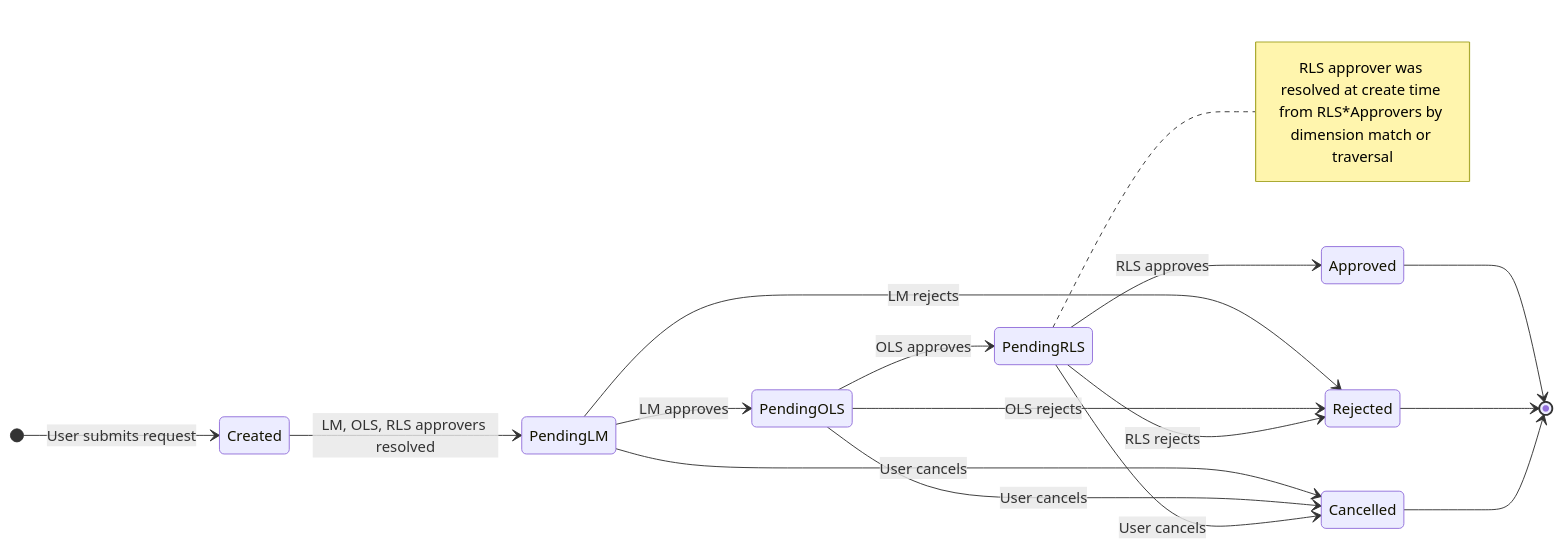
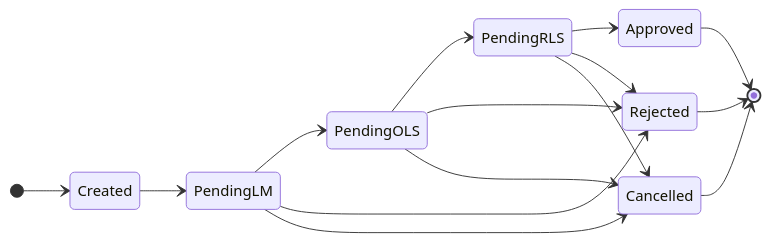
One commit to shashankdkte/dev-drop changed the fourth of 13 diagrams in sakura-v2/scripts/video-script/explain/RLS_APPROVER_ASSIGN_REASSIGN_GUIDE.md. Above: the diagram before and after it, drawn with Mermaid. The commit also changed other lines of this file, not shown here.

````diff
--- a/sakura-v2/scripts/video-script/explain/RLS_APPROVER_ASSIGN_REASSIGN_GUIDE.md
+++ b/sakura-v2/scripts/video-script/explain/RLS_APPROVER_ASSIGN_REASSIGN_GUIDE.md
@@ -185,24 +185,18 @@
 ```mermaid
 stateDiagram-v2
     direction LR
-    [*] --> Created: User submits request
-    Created --> PendingLM: LM, OLS, RLS approvers resolved
-
-    PendingLM --> PendingOLS: LM approves
-    PendingLM --> Rejected: LM rejects
-    PendingLM --> Cancelled: User cancels
-
-    PendingOLS --> PendingRLS: OLS approves
-    PendingOLS --> Rejected: OLS rejects
-    PendingOLS --> Cancelled: User cancels
-
-    PendingRLS --> Approved: RLS approves
-    PendingRLS --> Rejected: RLS rejects
-    PendingRLS --> Cancelled: User cancels
-
+    [*] --> Created
+    Created --> PendingLM
+    PendingLM --> PendingOLS
+    PendingLM --> Rejected
+    PendingLM --> Cancelled
+    PendingOLS --> PendingRLS
+    PendingOLS --> Rejected
+    PendingOLS --> Cancelled
+    PendingRLS --> Approved
+    PendingRLS --> Rejected
+    PendingRLS --> Cancelled
     Approved --> [*]
     Rejected --> [*]
     Cancelled --> [*]
-
-    note right of PendingRLS: RLS approver was resolved at create time from RLS*Approvers by dimension match or traversal
 ```
````
